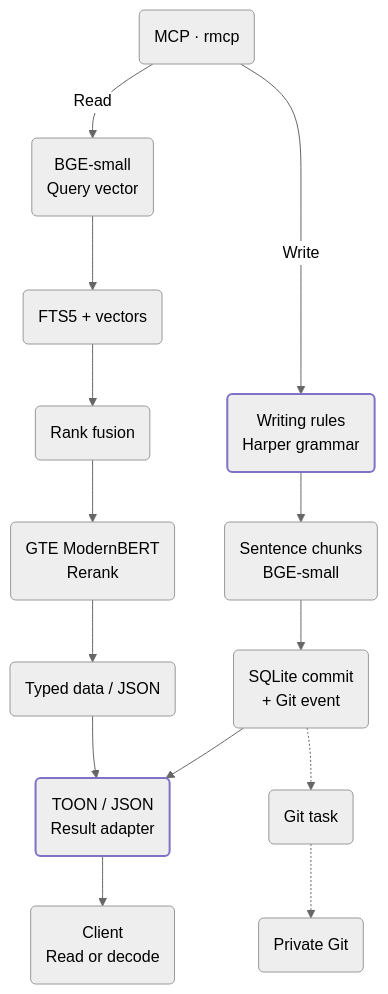
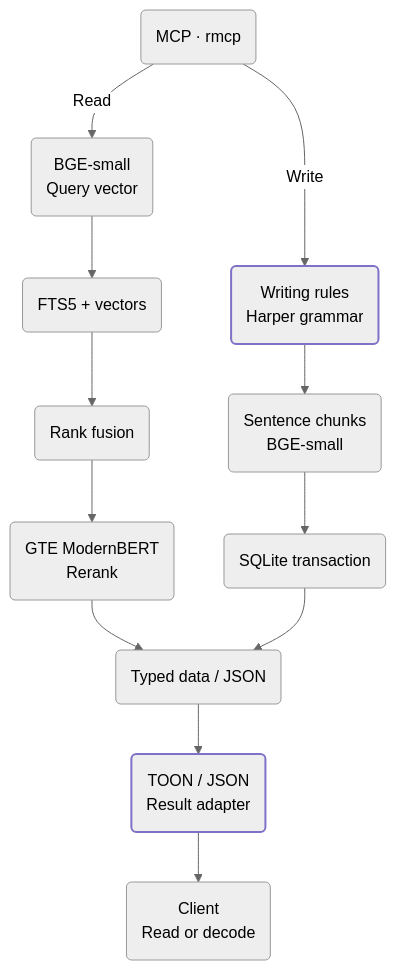
Before and after one commit to enfour-digital/enfour-memory: the diagram in README.md, drawn with Mermaid (neutral theme). The commit also changed other lines of this file and 24 other files, not shown here.

````diff
--- a/README.md
+++ b/README.md
@@ -90,20 +62,18 @@
 ```mermaid
 flowchart TB
     mcp("MCP · rmcp")
     mcp -->|Read| query("BGE-small<br/>Query vector")
     query --> search("FTS5 + vectors")
     search --> fusion("Rank fusion")
     fusion --> rank("GTE ModernBERT<br/>Rerank")
     rank --> data("Typed data / JSON")
     data --> adapter("TOON / JSON<br/>Result adapter")
     adapter --> client("Client<br/>Read or decode")
     mcp -->|Write| rules("Writing rules<br/>Harper grammar")
     rules --> embed("Sentence chunks<br/>BGE-small")
-    embed --> commit("SQLite commit<br/>+ Git event")
-    commit --> adapter
-    commit -.-> worker("Git task")
-    worker -.-> history("Private Git")
+    embed --> commit("SQLite transaction")
+    commit --> data
     classDef default filter:none
     classDef accent stroke:#8170c7,stroke-width:2px,filter:none
     class rules,adapter accent
 ```
````
